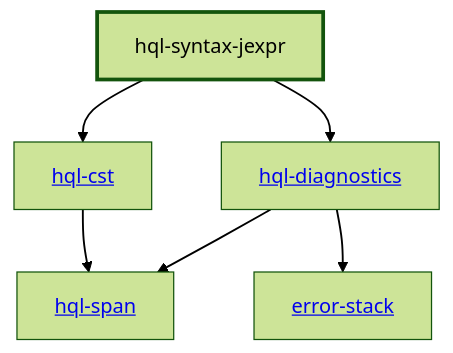
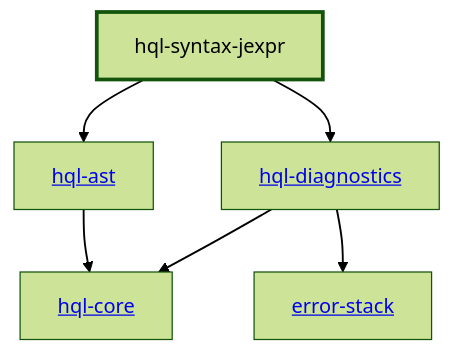
The diagram in libs/@local/hql/syntax-jexpr/docs/dependency-diagram.mmd (hashintel/hash), drawn with Mermaid (forest theme) before and after one commit.

Commit message:
fix: dependency diagram

```diff
--- a/libs/@local/hql/syntax-jexpr/docs/dependency-diagram.mmd
+++ b/libs/@local/hql/syntax-jexpr/docs/dependency-diagram.mmd
@@ -1,21 +1,21 @@
 graph TD
     linkStyle default stroke-width:1.5px
     classDef default stroke-width:1px
     classDef root stroke-width:3px
     classDef dev stroke-width:1px
     classDef build stroke-width:1px
     %% Legend
     %% --> : Normal dependency
     %% -.-> : Dev dependency
     %% ---> : Build dependency
-    0[<a href="../hql_cst/index.html">hql-cst</a>]
-    1[<a href="../hql_diagnostics/index.html">hql-diagnostics</a>]
+    0[<a href="../hql_ast/index.html">hql-ast</a>]
+    1[<a href="../hql_core/index.html">hql-core</a>]
     2[<a href="../error_stack/index.html">error-stack</a>]
-    3[<a href="../hql_span/index.html">hql-span</a>]
+    3[<a href="../hql_diagnostics/index.html">hql-diagnostics</a>]
     4[hql-syntax-jexpr]
     class 4 root
     4 --> 0
-    0 --> 3
-    1 --> 3
-    1 --> 2
-    4 --> 1
+    0 --> 1
+    3 --> 1
+    3 --> 2
+    4 --> 3
```
